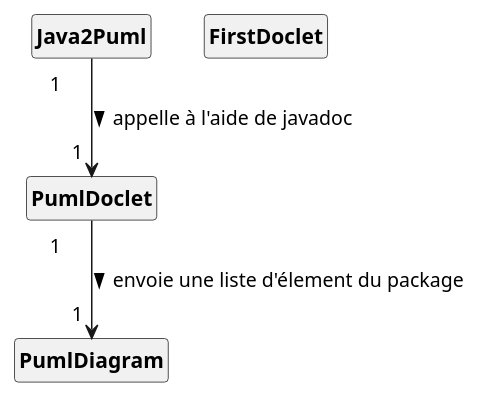
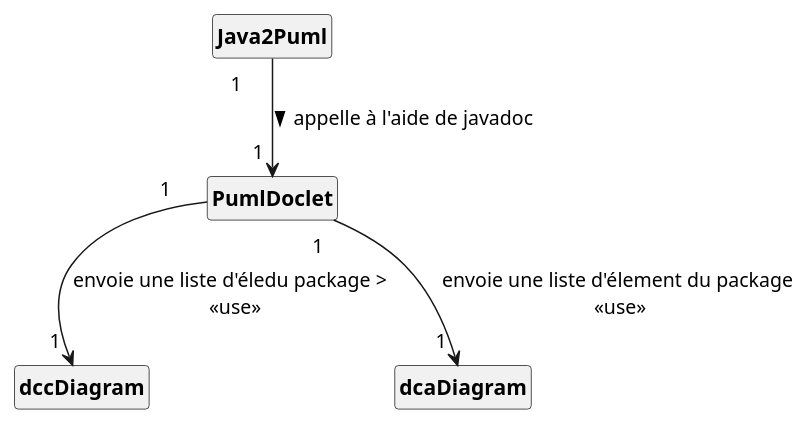
Before and after one commit to yassinkioua/Projet-PumlFromJava: the diagram in uml/DCA_pumlFromJava.puml, drawn with PlantUML. The commit also changed 10 other files, not shown here.

Commit message:
Maj diagramme

```diff
--- a/uml/DCA_pumlFromJava.puml
+++ b/uml/DCA_pumlFromJava.puml
@@ -1,17 +1,19 @@
 @startuml
 'https://plantuml.com/class-diagram
 skinparam classAttributeIconSize 0
 skinparam classFontStyle Bold
 skinparam style strictuml
 hide empty members
 
 class PumlDoclet
-class PumlDiagram
+class dccDiagram
 class Java2Puml
-class FirstDoclet
+class dcaDiagram
+'enum PumlType
 
 Java2Puml " 1\t" --> "\t1" PumlDoclet : appelle à l'aide de javadoc >
-PumlDoclet " 1\t" --> "\t1" PumlDiagram : envoie une liste d'élement du package >
+PumlDoclet " 1\t" --> "\t1" dcaDiagram  : envoie une liste d'élement du package \n<<use>>
+PumlDoclet " 1\t" --> "\t1" dccDiagram : envoie une liste d'éledu package > \n <<use>>
 
 
 @enduml
```
